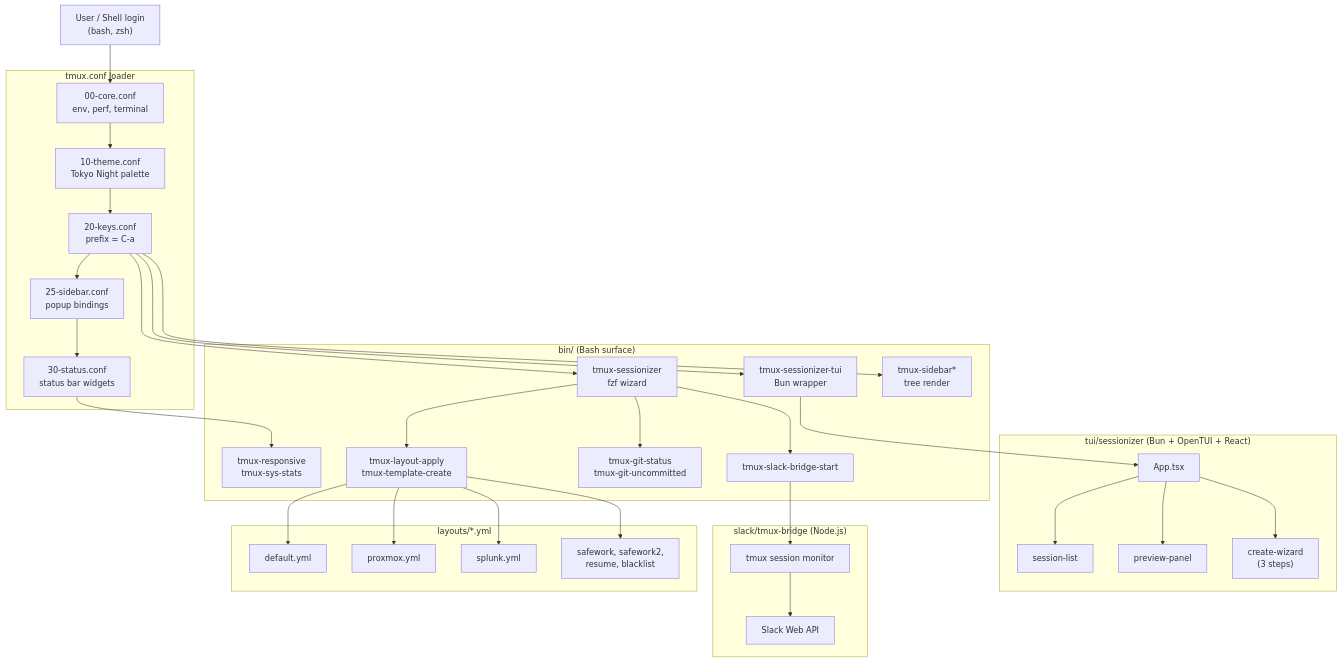
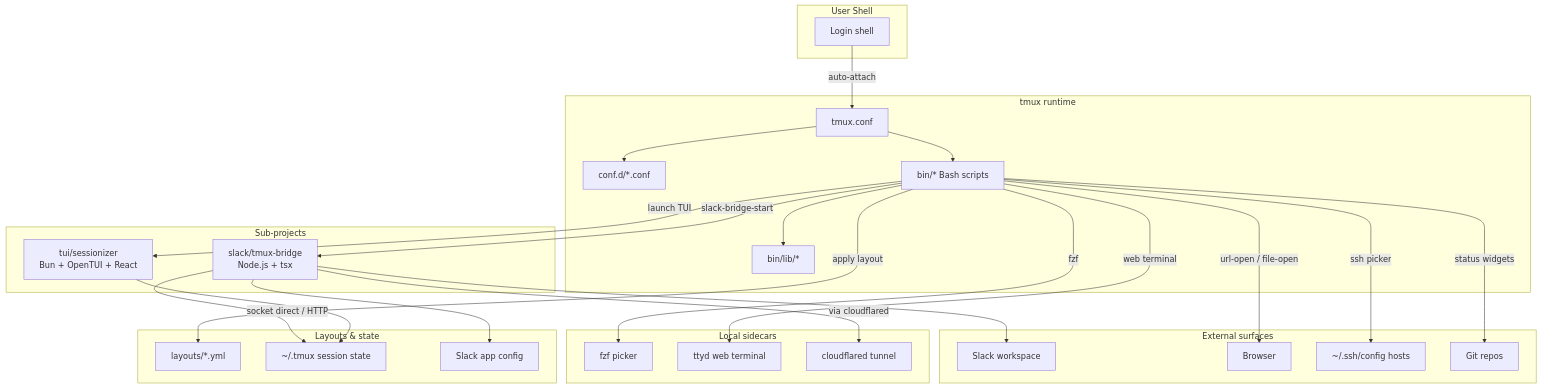
Before and after one commit to jclee941/tmux: the first of 2 diagrams in README.md, drawn with Mermaid. The commit also changed other lines of this file, not shown here.

Commit message:
docs: auto-update README.md

````diff
--- a/README.md
+++ b/README.md
@@ -185,64 +190,57 @@
 ```mermaid
 flowchart TB
-    User["User / Shell login<br/>(bash, zsh)"]
-
-    subgraph Loader["tmux.conf loader"]
-        Core["00-core.conf<br/>env, perf, terminal"]
-        Theme["10-theme.conf<br/>Tokyo Night palette"]
-        Keys["20-keys.conf<br/>prefix = C-a"]
-        Sidebar["25-sidebar.conf<br/>popup bindings"]
-        Status["30-status.conf<br/>status bar widgets"]
+    subgraph User["User Shell"]
+        Shell["Login shell"]
     end
 
-    subgraph Bash["bin/ (Bash surface)"]
-        Picker["tmux-sessionizer<br/>fzf wizard"]
-        TUIBin["tmux-sessionizer-tui<br/>Bun wrapper"]
-        Sidebar2["tmux-sidebar*<br/>tree render"]
-        Status2["tmux-responsive<br/>tmux-sys-stats"]
-        Layout["tmux-layout-apply<br/>tmux-template-create"]
-        Git["tmux-git-status<br/>tmux-git-uncommitted"]
-        Slack["tmux-slack-bridge-start"]
+    subgraph Tmux["tmux runtime"]
+        Conf["tmux.conf"]
+        ConfD["conf.d/*.conf"]
+        Bin["bin/* Bash scripts"]
+        Lib["bin/lib/*"]
     end
 
-    subgraph TUIApp["tui/sessionizer (Bun + OpenTUI + React)"]
-        App["App.tsx"]
-        List["session-list"]
-        Preview["preview-panel"]
-        Wizard["create-wizard<br/>(3 steps)"]
+    subgraph SubProjects["Sub-projects"]
+        TUI["tui/sessionizer<br/>Bun + OpenTUI + React"]
+        Bridge["slack/tmux-bridge<br/>Node.js + tsx"]
     end
 
-    subgraph Bridge["slack/tmux-bridge (Node.js)"]
-        BridgeCore["tmux session monitor"]
-        SlackAPI["Slack Web API"]
+    subgraph Sidecar["Local sidecars"]
+        FZF["fzf picker"]
+        Ttyd["ttyd web terminal"]
+        Cloudflared["cloudflared tunnel"]
     end
 
-    subgraph LayoutsCfg["layouts/*.yml"]
-        Default["default.yml"]
-        Proxmox["proxmox.yml"]
-        Splunk["splunk.yml"]
-        Others["safework, safework2,<br/>resume, blacklist"]
+    subgraph Storage["Layouts &amp; state"]
+        YAML["layouts/*.yml"]
+        SessState["~/.tmux session state"]
+        SlackCfg["Slack app config"]
     end
 
-    User --> Core
-    Core --> Theme
-    Theme --> Keys
-    Keys --> Sidebar
-    Sidebar --> Status
-    Keys --> Picker
-    Keys --> TUIBin
-    Keys --> Sidebar2
-    Status --> Status2
-    Picker --> Layout
-    Picker --> Git
-    TUIBin --> App
-    App --> List
-    App --> Preview
-    App --> Wizard
-    Layout --> Default
-    Layout --> Proxmox
-    Layout --> Splunk
-    Layout --> Others
-    Slack --> BridgeCore
-    BridgeCore --> SlackAPI
-    Picker --> Slack
+    subgraph External["External surfaces"]
+        Slack["Slack workspace"]
+        Browser["Browser"]
+        SSH["~/.ssh/config hosts"]
+        Git["Git repos"]
+    end
+
+    Shell -- "auto-attach" --> Conf
+    Conf --> ConfD
+    Conf --> Bin
+    Bin --> Lib
+    Bin -- "fzf" --> FZF
+    Bin -- "apply layout" --> YAML
+    Bin -- "status widgets" --> Git
+    Bin -- "ssh picker" --> SSH
+    Bin -- "url-open / file-open" --> Browser
+    Bin -- "web terminal" --> Ttyd
+
+    Bin -- "launch TUI" --> TUI
+    TUI --> SessState
+
+    Bin -- "slack-bridge-start" --> Bridge
+    Bridge -- "socket direct / HTTP" --> SessState
+    Bridge -- "via cloudflared" --> Cloudflared
+    Bridge --> SlackCfg
+    Bridge --> Slack
 ```
````
